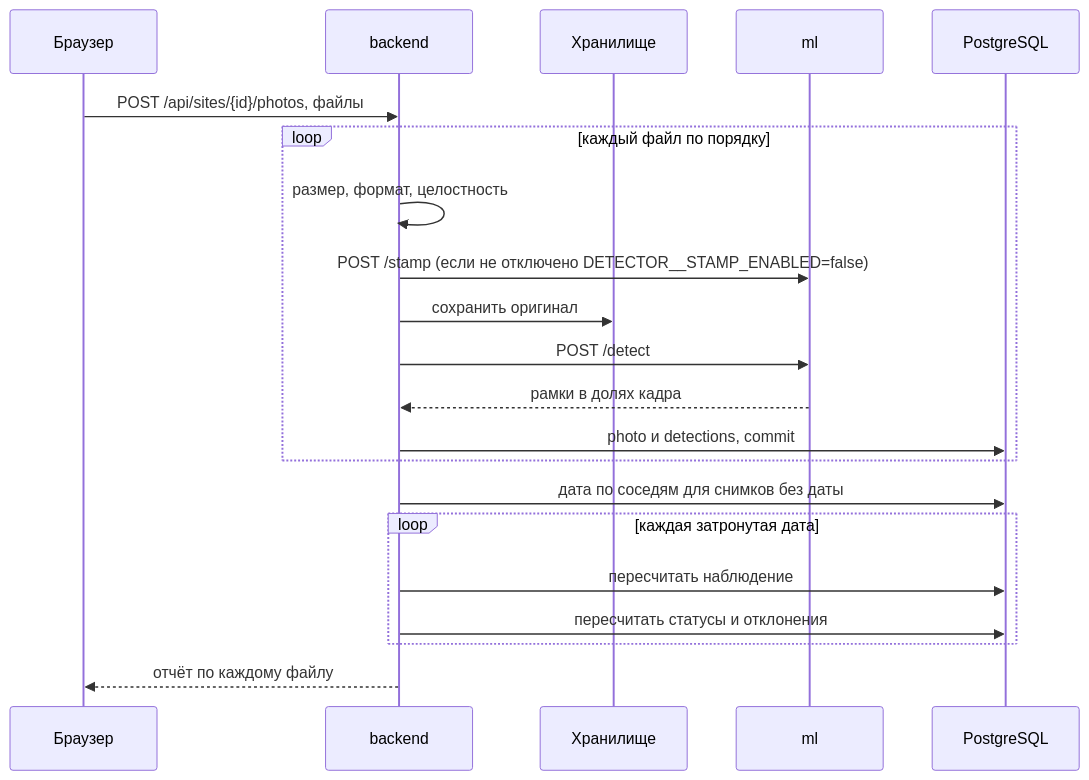
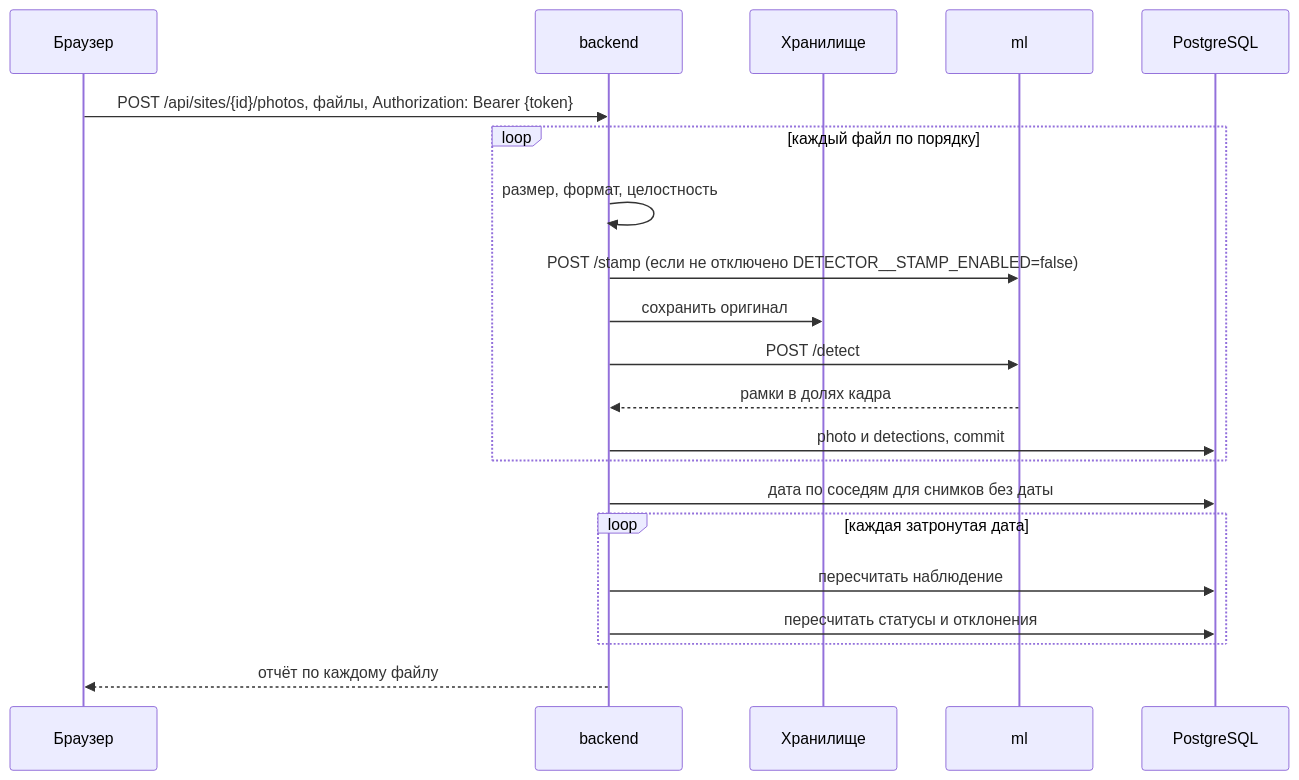
The third of 4 diagrams in documentation/architecture.md (fadegor05/LCT-7), drawn with Mermaid before and after one commit. The commit also changed other lines of this file and 45 other files, not shown here.

````diff
--- a/documentation/architecture.md
+++ b/documentation/architecture.md
@@ -32,23 +69,23 @@
 ```mermaid
 sequenceDiagram
   participant UI as Браузер
   participant API as backend
   participant ST as Хранилище
   participant ML as ml
   participant DB as PostgreSQL
-  UI->>API: POST /api/sites/{id}/photos, файлы
+  UI->>API: POST /api/sites/{id}/photos, файлы, Authorization: Bearer {token}
   loop каждый файл по порядку
     API->>API: размер, формат, целостность
     API->>ML: POST /stamp (если не отключено DETECTOR__STAMP_ENABLED=false)
     API->>ST: сохранить оригинал
     API->>ML: POST /detect
     ML-->>API: рамки в долях кадра
     API->>DB: photo и detections, commit
   end
   API->>DB: дата по соседям для снимков без даты
   loop каждая затронутая дата
     API->>DB: пересчитать наблюдение
     API->>DB: пересчитать статусы и отклонения
   end
   API-->>UI: отчёт по каждому файлу
 ```
````
